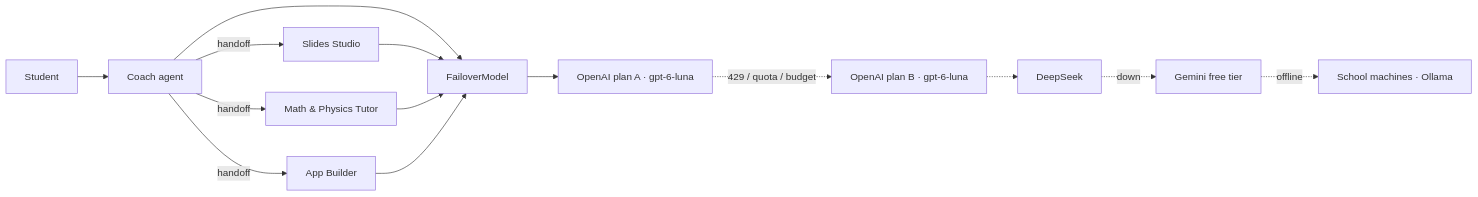
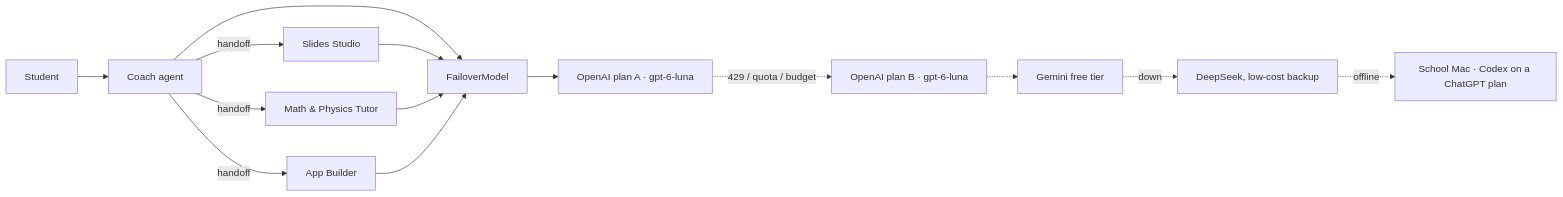
One commit to anton-abyzov/specwithcode-classroom changed the diagram in README.md. Above: the diagram before and after it, drawn with Mermaid. The commit also changed other lines of this file and 4 other files, not shown here.

Commit message:
Put Gemini free tier before the DeepSeek backup in the ring

````diff
--- a/README.md
+++ b/README.md
@@ -56,13 +56,13 @@
 ```mermaid
 flowchart LR
   S[Student] --> C[Coach agent]
   C -->|handoff| SL[Slides Studio]
   C -->|handoff| T[Math & Physics Tutor]
   C -->|handoff| B[App Builder]
   C & SL & T & B --> F[FailoverModel]
   F --> O1[OpenAI plan A · gpt-6-luna]
   O1 -. 429 / quota / budget .-> O2[OpenAI plan B · gpt-6-luna]
-  O2 -.-> D[DeepSeek]
-  D -. down .-> G[Gemini free tier]
-  G -. offline .-> L[School machines · Ollama]
+  O2 -.-> G[Gemini free tier]
+  G -. down .-> D[DeepSeek, low-cost backup]
+  D -. offline .-> L[School Mac · Codex on a ChatGPT plan]
 ```
````
